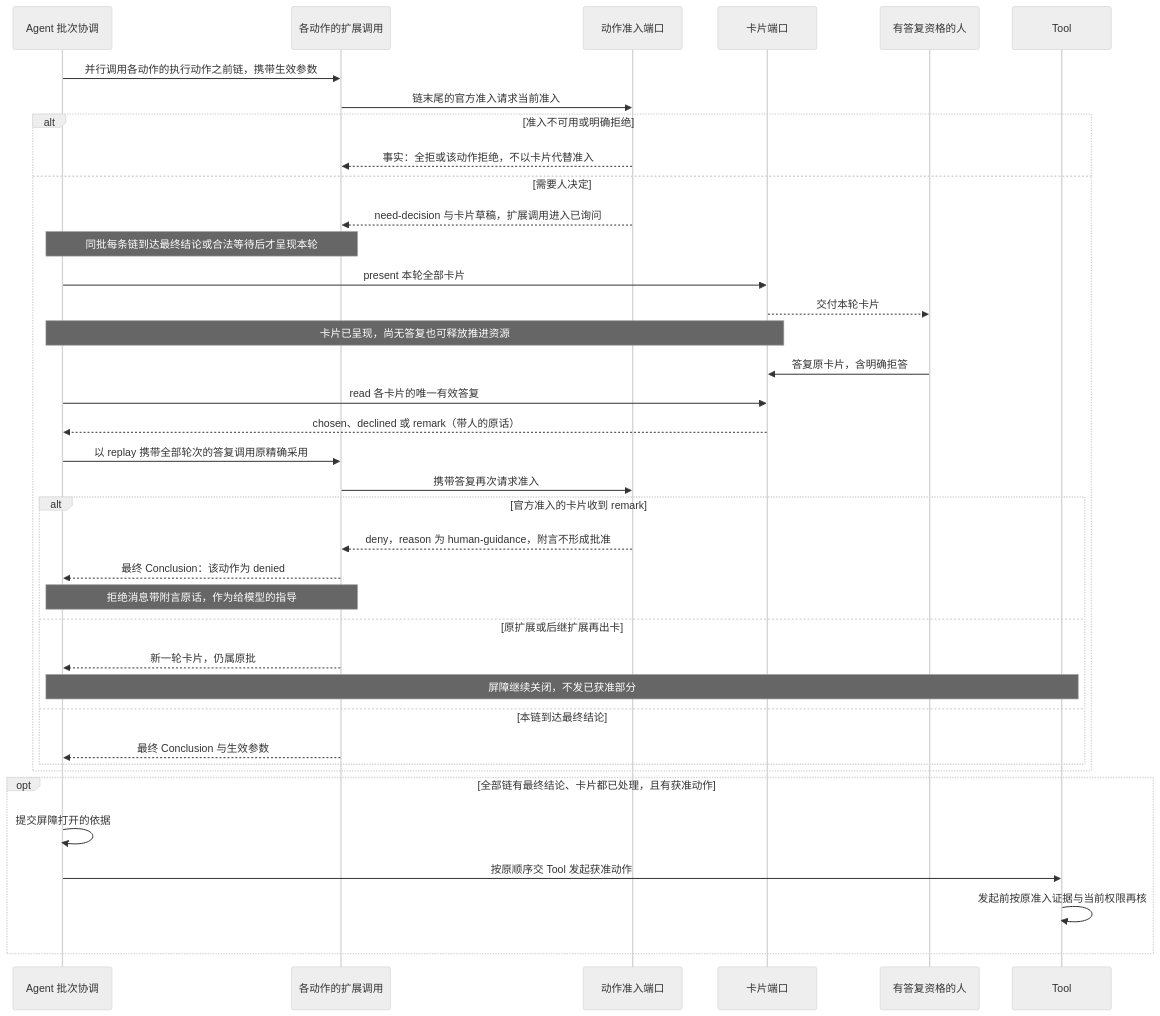
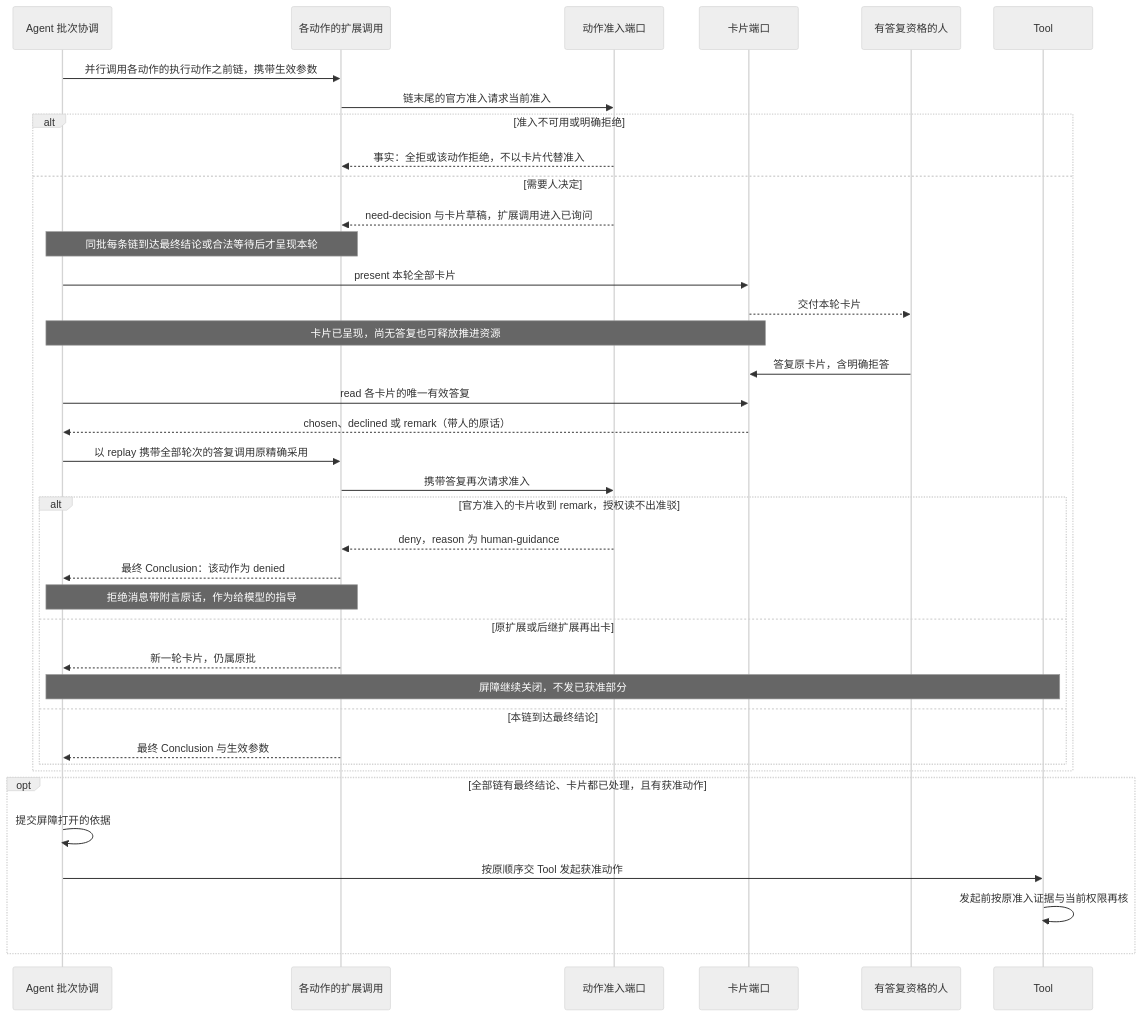
Before and after one commit to nemori-ai/omne-harness-lite: the third of 8 diagrams in packages/agent/agent-contract/docs/flows/scenarios.md, drawn with Mermaid (neutral theme). The commit also changed 3 other files, not shown here.

````diff
--- a/packages/agent/agent-contract/docs/flows/scenarios.md
+++ b/packages/agent/agent-contract/docs/flows/scenarios.md
@@ -91,40 +91,40 @@
 ```mermaid
 sequenceDiagram
     participant A as Agent 批次协调
     participant E as 各动作的扩展调用
     participant Z as 动作准入端口
     participant H as 卡片端口
     participant U as 有答复资格的人
     participant T as Tool
     A->>E: 并行调用各动作的执行动作之前链，携带生效参数
     E->>Z: 链末尾的官方准入请求当前准入
     alt 准入不可用或明确拒绝
         Z-->>E: 事实：全拒或该动作拒绝，不以卡片代替准入
     else 需要人决定
         Z-->>E: need-decision 与卡片草稿，扩展调用进入已询问
         Note over A,E: 同批每条链到达最终结论或合法等待后才呈现本轮
         A->>H: present 本轮全部卡片
         H-->>U: 交付本轮卡片
         Note over A,H: 卡片已呈现，尚无答复也可释放推进资源
         U->>H: 答复原卡片，含明确拒答
         A->>H: read 各卡片的唯一有效答复
         H-->>A: chosen、declined 或 remark（带人的原话）
         A->>E: 以 replay 携带全部轮次的答复调用原精确采用
         E->>Z: 携带答复再次请求准入
-        alt 官方准入的卡片收到 remark
-            Z-->>E: deny，reason 为 human-guidance，附言不形成批准
+        alt 官方准入的卡片收到 remark，授权读不出准驳
+            Z-->>E: deny，reason 为 human-guidance
             E-->>A: 最终 Conclusion：该动作为 denied
             Note over A,E: 拒绝消息带附言原话，作为给模型的指导
         else 原扩展或后继扩展再出卡
             E-->>A: 新一轮卡片，仍属原批
             Note over A,T: 屏障继续关闭，不发已获准部分
         else 本链到达最终结论
             E-->>A: 最终 Conclusion 与生效参数
         end
     end
     opt 全部链有最终结论、卡片都已处理，且有获准动作
         A->>A: 提交屏障打开的依据
         A->>T: 按原顺序交 Tool 发起获准动作
         T->>T: 发起前按原准入证据与当前权限再核
     end
 ```
````
